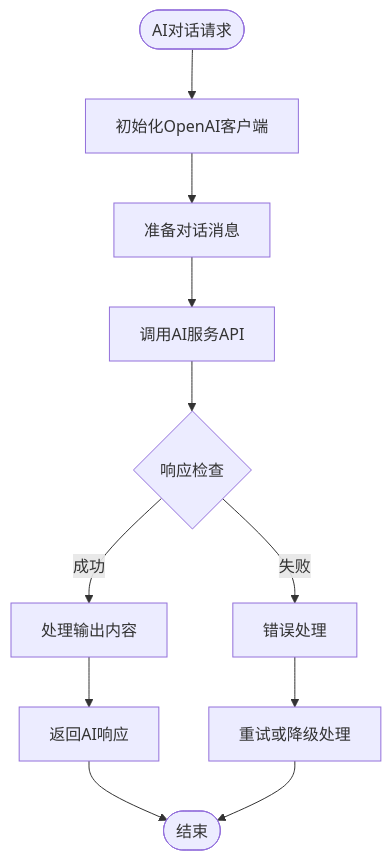
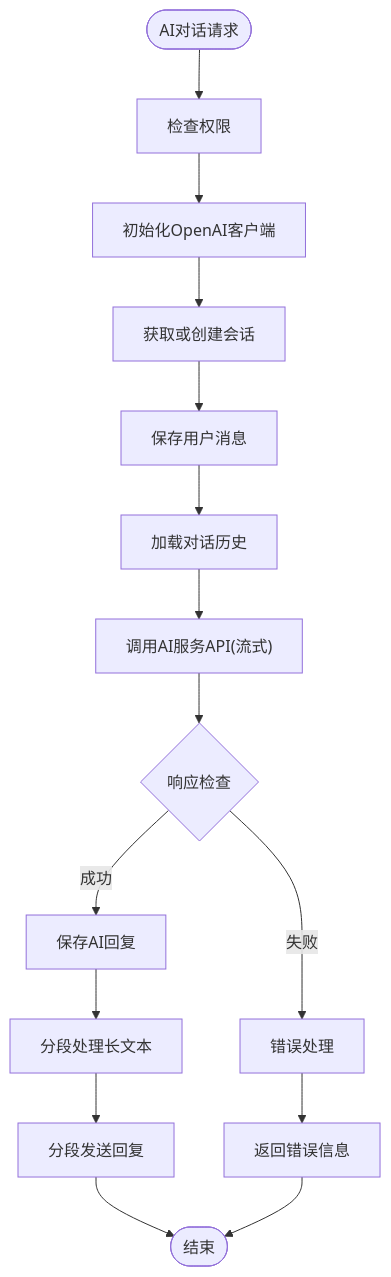
The seventh of 10 diagrams in .qoder/repowiki/zh/content/核心功能模块/核心功能模块.md (Wohaokunr/yawn_bot), drawn with Mermaid before and after one commit. The commit also changed other lines of this file and 28 other files, not shown here.

````diff
--- a/.qoder/repowiki/zh/content/核心功能模块/核心功能模块.md
+++ b/.qoder/repowiki/zh/content/核心功能模块/核心功能模块.md
@@ -300,13 +341,17 @@
 ```mermaid
 flowchart TD
-Start(["AI对话请求"]) --> InitClient["初始化OpenAI客户端"]
-InitClient --> PrepareMessages["准备对话消息"]
-PrepareMessages --> CallAPI["调用AI服务API"]
+Start(["AI对话请求"]) --> CheckPerm["检查权限"]
+CheckPerm --> InitClient["初始化OpenAI客户端"]
+InitClient --> GetOrCreateSession["获取或创建会话"]
+GetOrCreateSession --> SaveUserMsg["保存用户消息"]
+SaveUserMsg --> LoadHistory["加载对话历史"]
+LoadHistory --> CallAPI["调用AI服务API(流式)"]
 CallAPI --> CheckResponse{"响应检查"}
-CheckResponse --> |成功| ProcessOutput["处理输出内容"]
+CheckResponse --> |成功| SaveAIMsg["保存AI回复"]
 CheckResponse --> |失败| HandleError["错误处理"]
-ProcessOutput --> ReturnResponse["返回AI响应"]
-HandleError --> RetryOrFallback["重试或降级处理"]
-ReturnResponse --> End(["结束"])
-RetryOrFallback --> End
+SaveAIMsg --> SplitMessage["分段处理长文本"]
+SplitMessage --> SendSegments["分段发送回复"]
+HandleError --> ReturnError["返回错误信息"]
+SendSegments --> End(["结束"])
+ReturnError --> End
 ```
````
